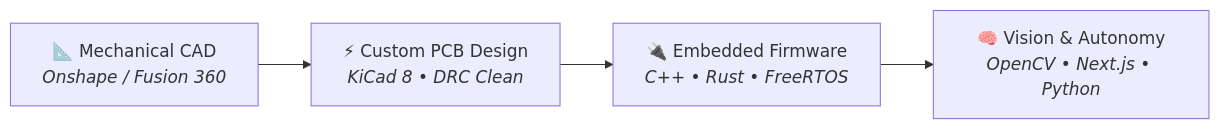
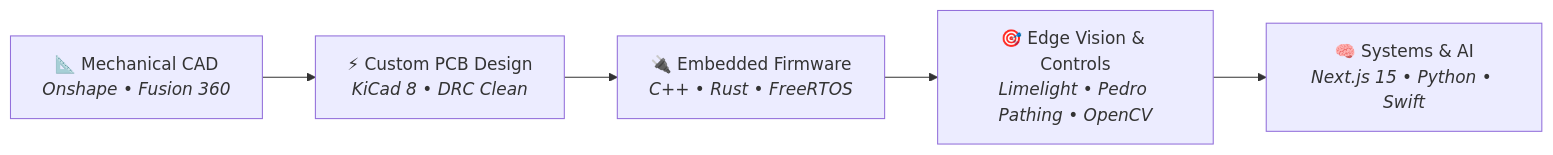
The diagram in README.md (AryaVora621/AryaVora621), drawn with Mermaid before and after one commit. The commit also changed other lines of this file, not shown here.

````diff
--- a/README.md
+++ b/README.md
@@ -39,6 +40,7 @@
 ```mermaid
 graph LR
-    CAD["📐 Mechanical CAD<br/><i>Onshape / Fusion 360</i>"] --> PCB["⚡ Custom PCB Design<br/><i>KiCad 8 • DRC Clean</i>"]
+    CAD["📐 Mechanical CAD<br/><i>Onshape • Fusion 360</i>"] --> PCB["⚡ Custom PCB Design<br/><i>KiCad 8 • DRC Clean</i>"]
     PCB --> EMB["🔌 Embedded Firmware<br/><i>C++ • Rust • FreeRTOS</i>"]
-    EMB --> SYS["🧠 Vision & Autonomy<br/><i>OpenCV • Next.js • Python</i>"]
+    EMB --> AUT["🎯 Edge Vision & Controls<br/><i>Limelight • Pedro Pathing • OpenCV</i>"]
+    AUT --> SYS["🧠 Systems & AI<br/><i>Next.js 15 • Python • Swift</i>"]
 ```
````
